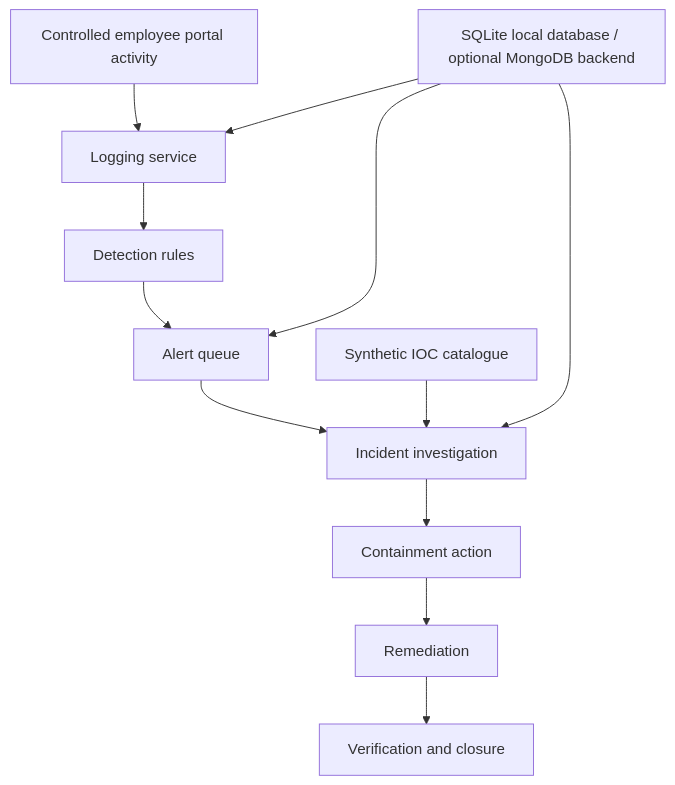
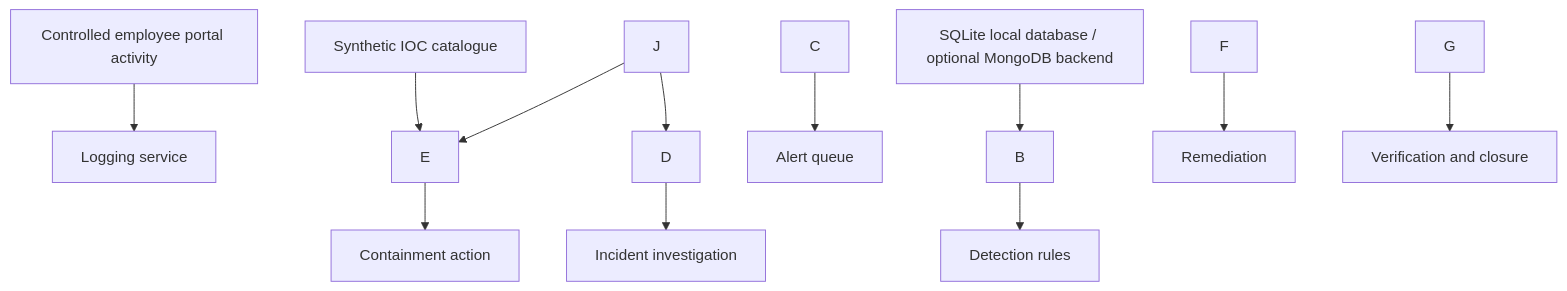
The diagram in README.md (shettysanket06/cybershield-soc-portal), drawn with Mermaid before and after one commit. The commit also changed other lines of this file and 3 other files, not shown here.

````diff
--- a/README.md
+++ b/README.md
@@ -31,14 +31,14 @@
 ```mermaid
 flowchart TD
-    A[Controlled employee portal activity] --> B[Logging service]
-    B --> C[Detection rules]
-    C --> D[Alert queue]
-    D --> E[Incident investigation]
-    E --> F[Containment action]
-    F --> G[Remediation]
-    G --> H[Verification and closure]
-    I[Synthetic IOC catalogue] --> E
-    J[SQLite local database / optional MongoDB backend] --> B
+    A\[Controlled employee portal activity] --> B\[Logging service]
+    B --> C\[Detection rules]
+    C --> D\[Alert queue]
+    D --> E\[Incident investigation]
+    E --> F\[Containment action]
+    F --> G\[Remediation]
+    G --> H\[Verification and closure]
+    I\[Synthetic IOC catalogue] --> E
+    J\[SQLite local database / optional MongoDB backend] --> B
     J --> D
     J --> E
 ```
````
